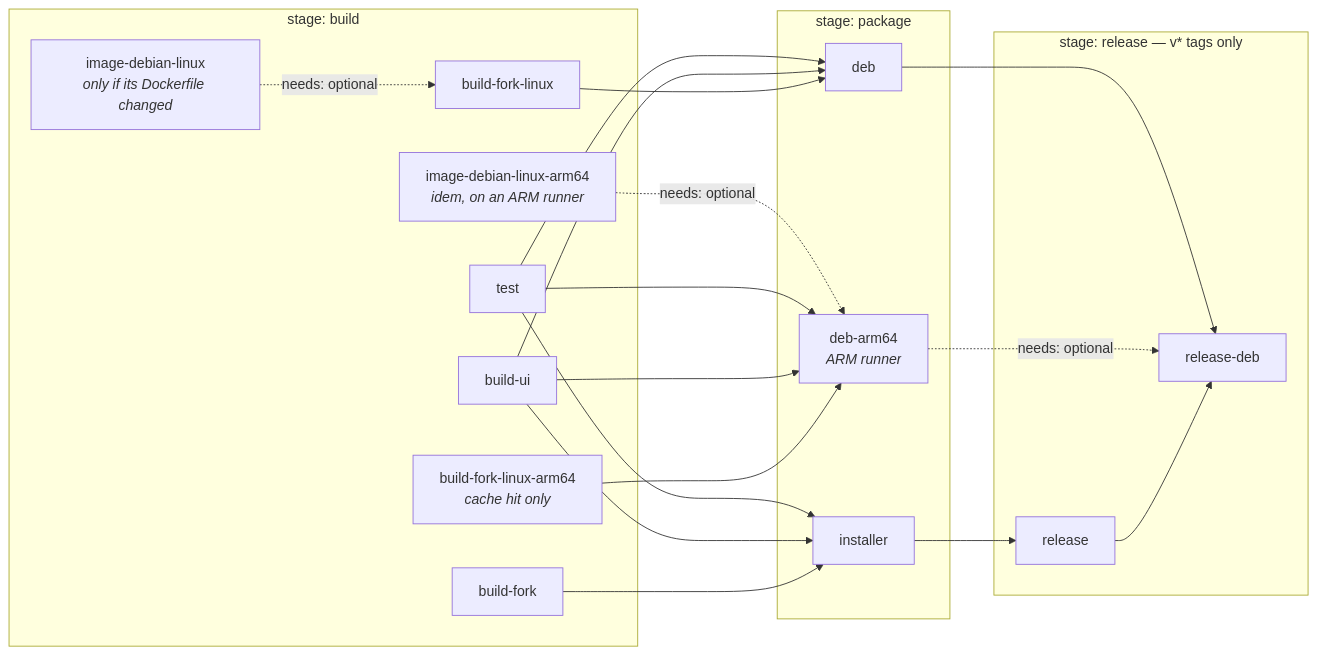
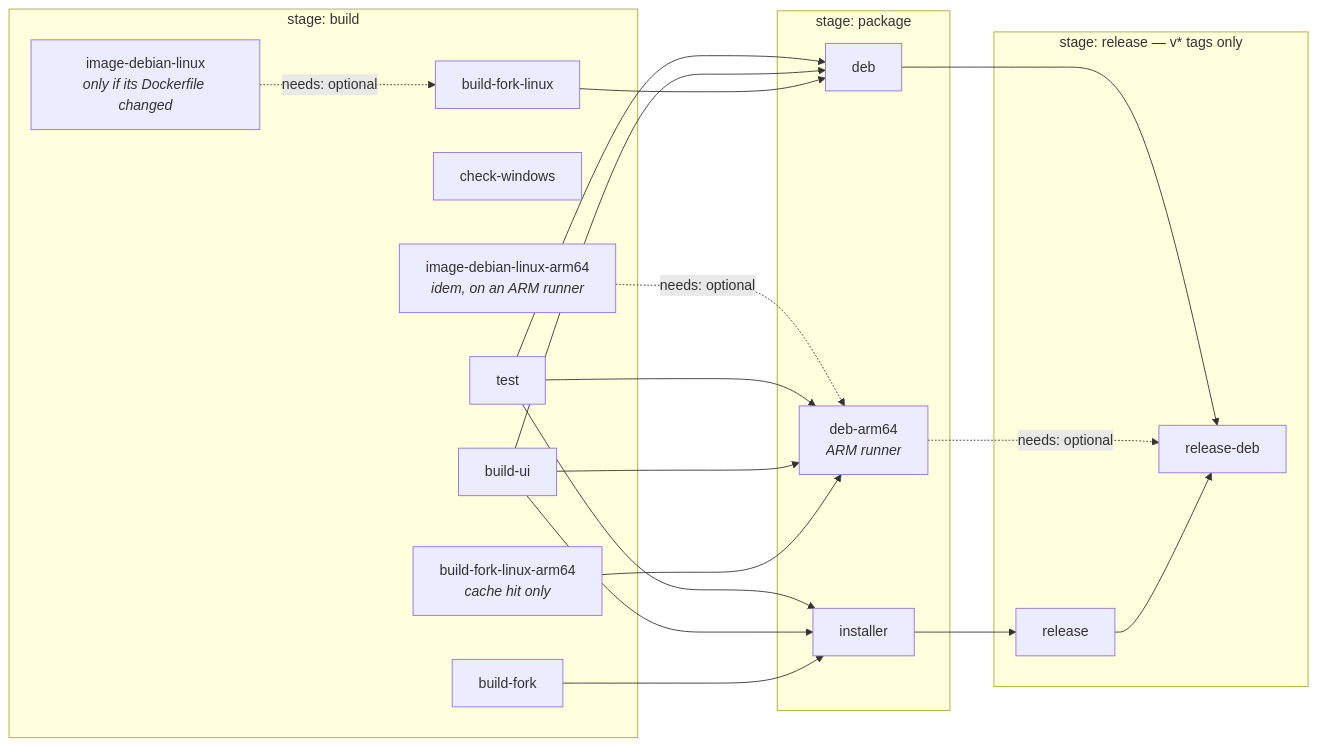
One commit to CollectiFrog/KyberFrog changed the diagram in docs/dev/releasing.md. Above: the diagram before and after it, drawn with Mermaid. The commit also changed other lines of this file and 18 other files, not shown here.

````diff
--- a/docs/dev/releasing.md
+++ b/docs/dev/releasing.md
@@ -44,37 +44,38 @@
 ```mermaid
 flowchart LR
     subgraph b["stage: build"]
         T["test"]
+        CW["check-windows"]
         U["build-ui"]
         FW["build-fork"]
         FL["build-fork-linux"]
         FA["build-fork-linux-arm64<br/><i>cache hit only</i>"]
         IMG["image-debian-linux<br/><i>only if its Dockerfile changed</i>"]
         IMGA["image-debian-linux-arm64<br/><i>idem, on an ARM runner</i>"]
     end
     subgraph p["stage: package"]
         I["installer"]
         D["deb"]
         DA["deb-arm64<br/><i>ARM runner</i>"]
     end
     subgraph r["stage: release — v* tags only"]
         R["release"]
         RD["release-deb"]
     end
 
     IMG -.->|"needs: optional"| FL
     IMGA -.->|"needs: optional"| DA
     T --> I
     U --> I
     FW --> I
     T --> D
     U --> D
     FL --> D
     T --> DA
     U --> DA
     FA --> DA
     I --> R
     D --> RD
     DA -.->|"needs: optional"| RD
     R --> RD
 ```
````
